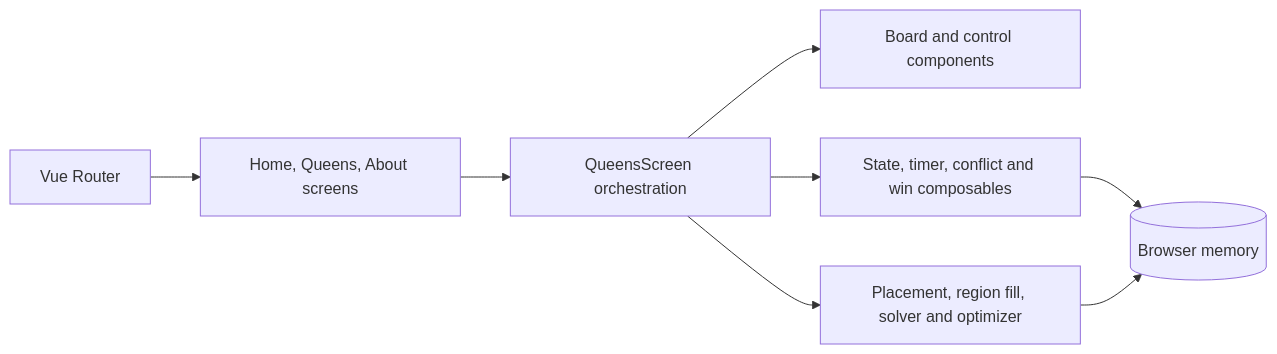
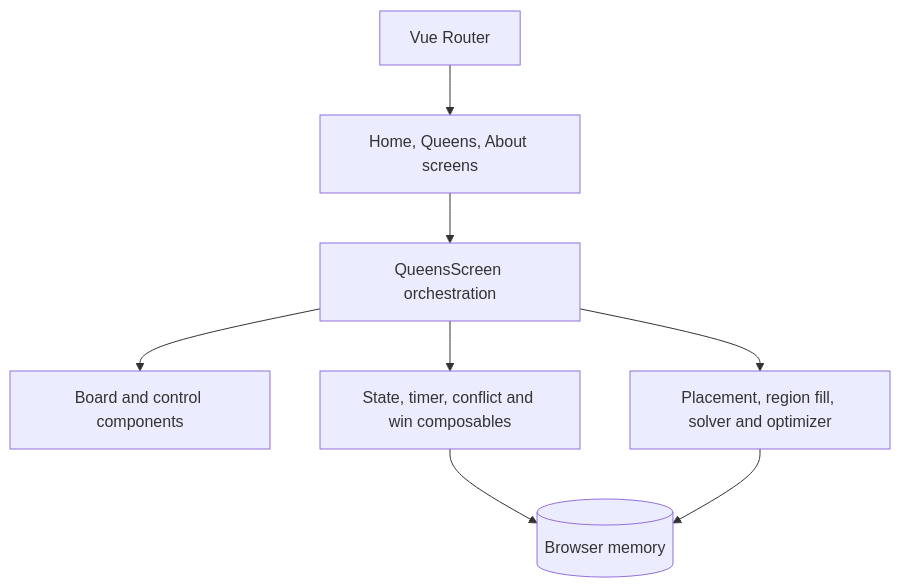
The diagram in README.md (kereszteszsolt/queens-puzzle-generator), drawn with Mermaid before and after one commit.

Commit message:
docs: make README architecture diagram vertical

````diff
--- a/README.md
+++ b/README.md
@@ -45,10 +45,10 @@
 ```mermaid
-flowchart LR
+flowchart TD
     ROUTER[Vue Router] --> SCREENS[Home, Queens, About screens]
     SCREENS --> GAME[QueensScreen orchestration]
     GAME --> UI[Board and control components]
     GAME --> STATE[State, timer, conflict and win composables]
     GAME --> GENERATOR[Placement, region fill, solver and optimizer]
     STATE --> MEMORY[(Browser memory)]
     GENERATOR --> MEMORY
 ```
````
